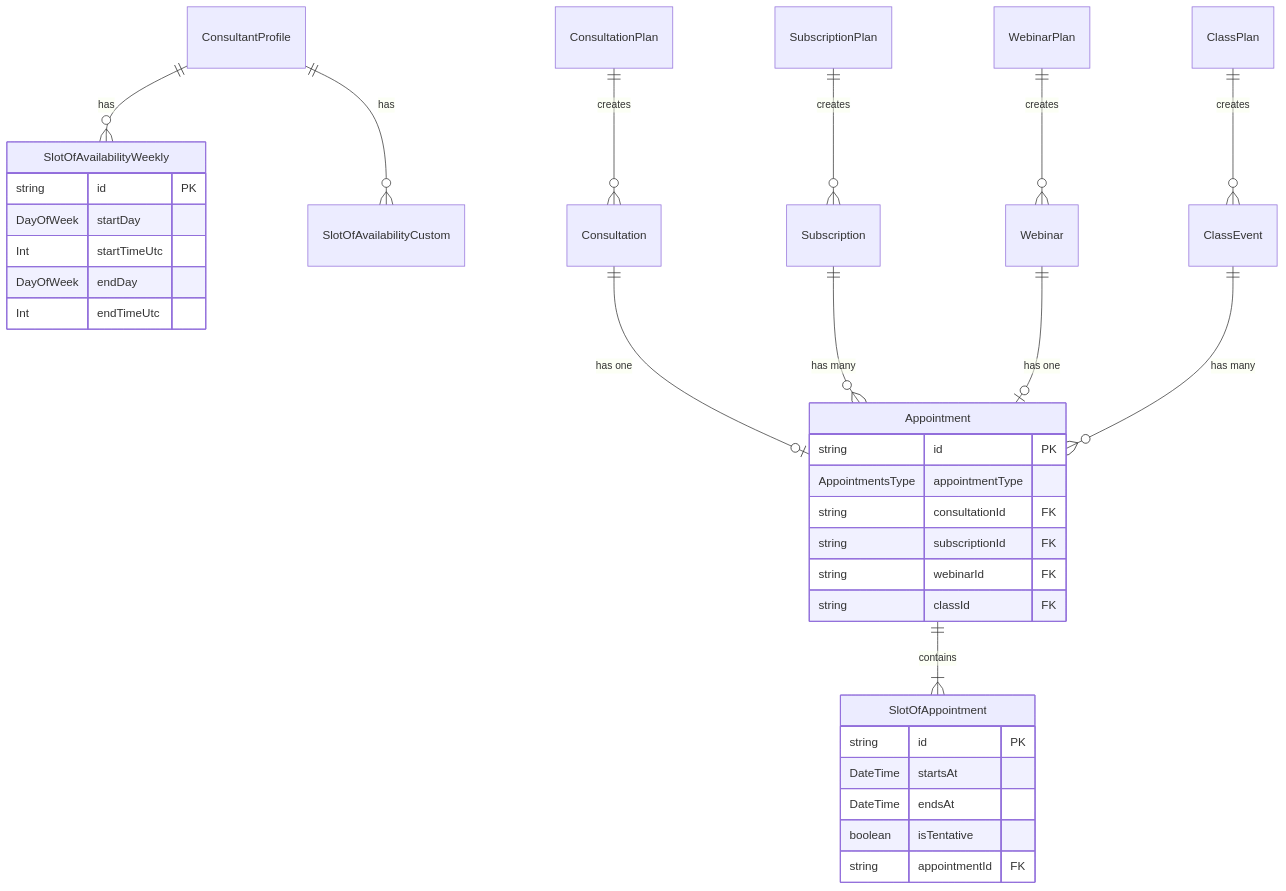
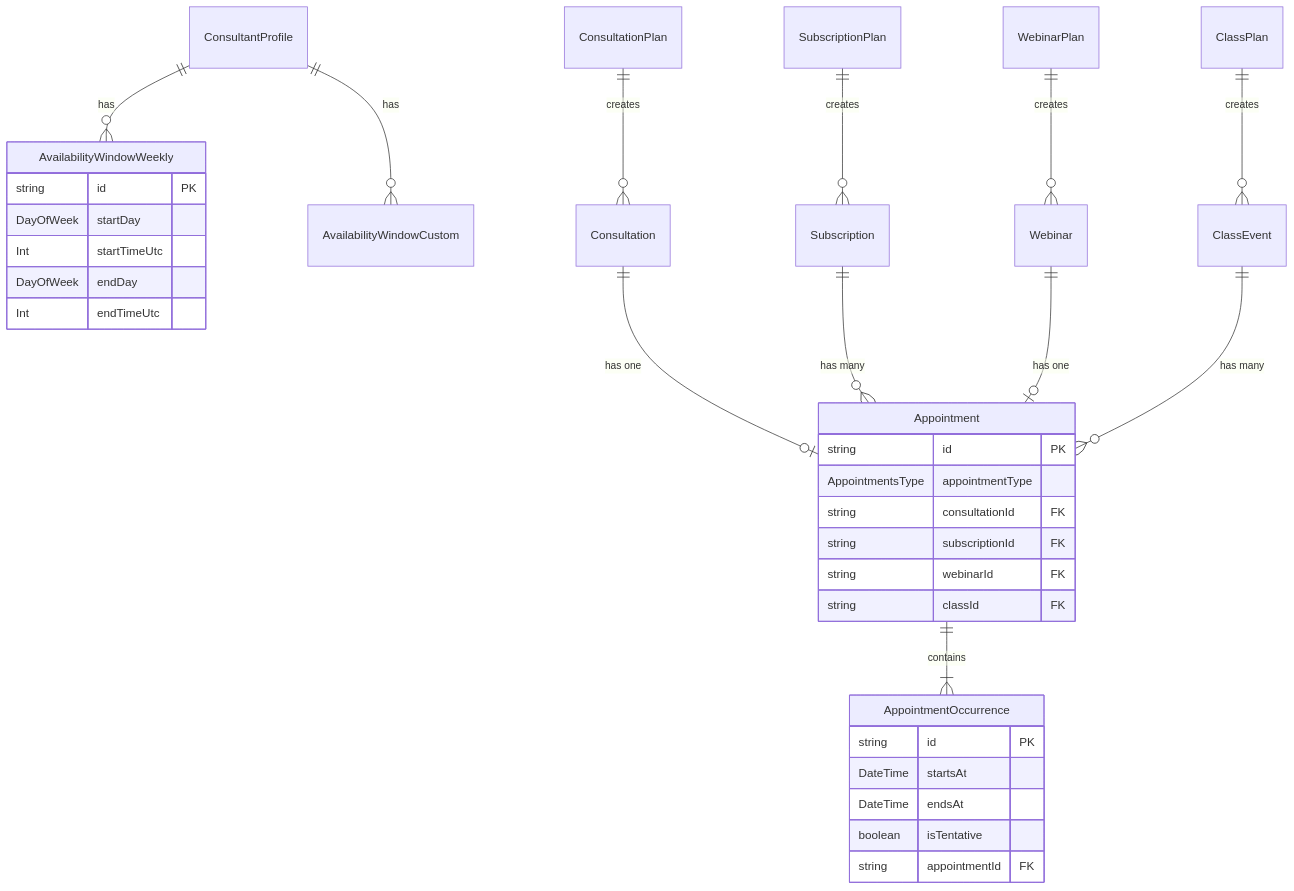
The third of 6 diagrams in docs/booking/01-architecture.md (Practitionist/familiarise_web), drawn with Mermaid before and after one commit. The commit also changed other lines of this file and 107 other files, not shown here.

Commit message:
docs(vocabulary): the scheduling glossary, booking, feedback, support, stream and review docs speak AppointmentOccurrence, Meeting and Trial (#1554)

````diff
--- a/docs/booking/01-architecture.md
+++ b/docs/booking/01-architecture.md
@@ -172,42 +172,42 @@
 ```mermaid
 erDiagram
-    ConsultantProfile ||--o{ SlotOfAvailabilityWeekly : has
-    ConsultantProfile ||--o{ SlotOfAvailabilityCustom : has
+    ConsultantProfile ||--o{ AvailabilityWindowWeekly : has
+    ConsultantProfile ||--o{ AvailabilityWindowCustom : has
 
     ConsultationPlan ||--o{ Consultation : creates
     SubscriptionPlan ||--o{ Subscription : creates
     WebinarPlan ||--o{ Webinar : creates
     ClassPlan ||--o{ ClassEvent : creates
 
     Consultation ||--o| Appointment : "has one"
     Subscription ||--o{ Appointment : "has many"
     Webinar ||--o| Appointment : "has one"
     ClassEvent ||--o{ Appointment : "has many"
 
-    Appointment ||--|{ SlotOfAppointment : contains
+    Appointment ||--|{ AppointmentOccurrence : contains
 
-    SlotOfAvailabilityWeekly {
+    AvailabilityWindowWeekly {
         string id PK
         DayOfWeek startDay
         Int startTimeUtc
         DayOfWeek endDay
         Int endTimeUtc
     }
 
     Appointment {
         string id PK
         AppointmentsType appointmentType
         string consultationId FK
         string subscriptionId FK
         string webinarId FK
         string classId FK
     }
 
-    SlotOfAppointment {
+    AppointmentOccurrence {
         string id PK
         DateTime startsAt
         DateTime endsAt
         boolean isTentative
         string appointmentId FK
     }
 ```
````
